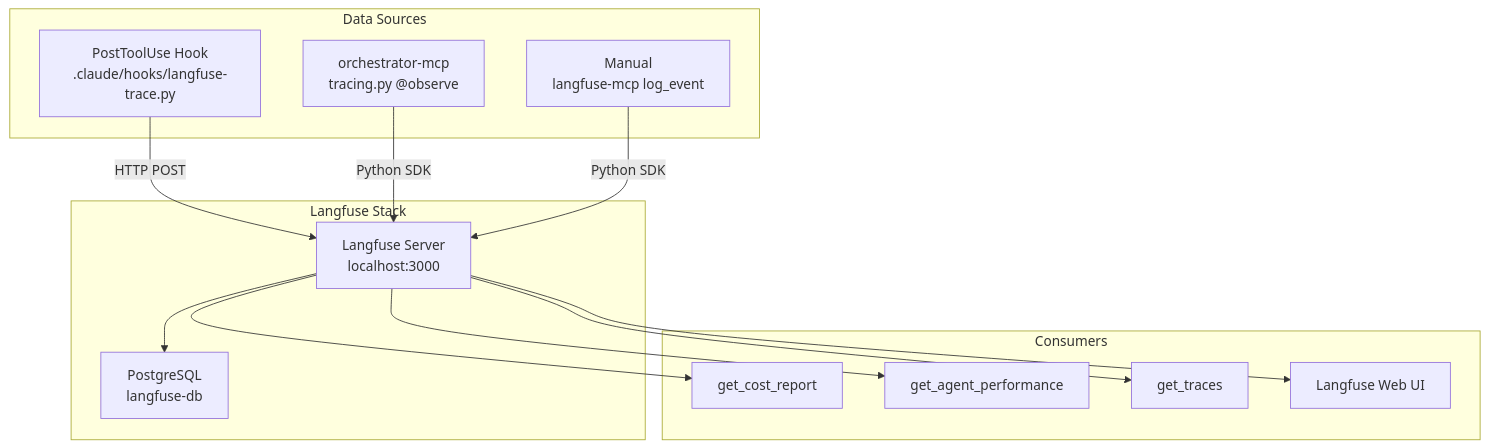
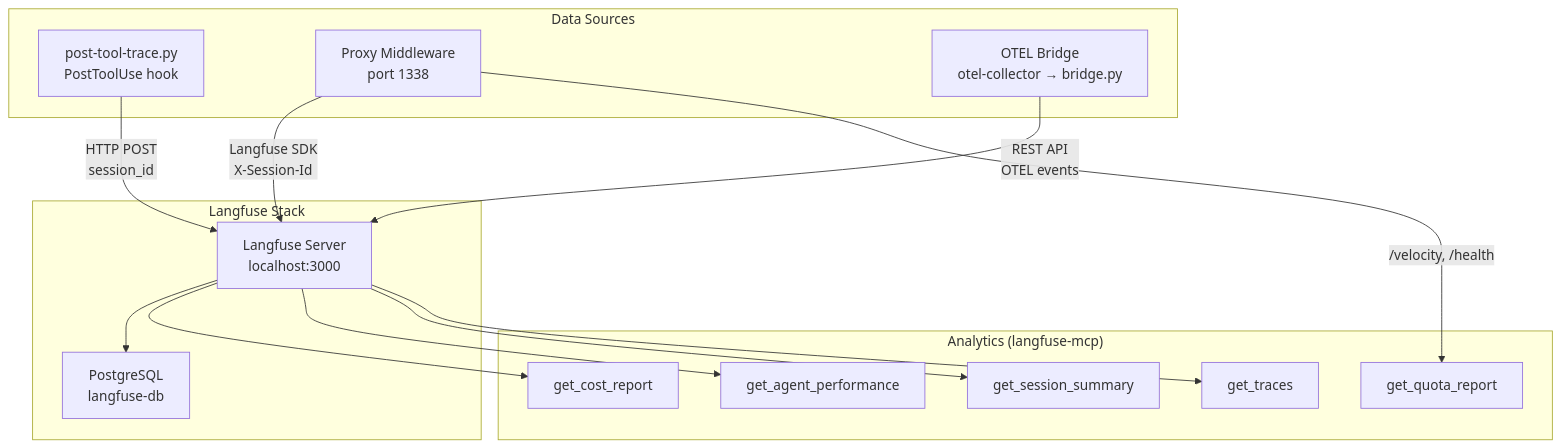
Before and after one commit to SpandrelInteractive/claude_workspace: the diagram in .claude/docs/observability.md, drawn with Mermaid. The commit also changed other lines of this file and 23 other files, not shown here.

````diff
--- a/.claude/docs/observability.md
+++ b/.claude/docs/observability.md
@@ -12,26 +15,28 @@
 ```mermaid
 graph TB
     subgraph "Data Sources"
-        H[PostToolUse Hook<br/>.claude/hooks/langfuse-trace.py]
-        OM[orchestrator-mcp<br/>tracing.py @observe]
-        M[Manual<br/>langfuse-mcp log_event]
+        H[post-tool-trace.py<br/>PostToolUse hook]
+        P[Proxy Middleware<br/>port 1338]
+        O[OTEL Bridge<br/>otel-collector → bridge.py]
     end
 
     subgraph "Langfuse Stack"
         LF[Langfuse Server<br/>localhost:3000]
         PG[PostgreSQL<br/>langfuse-db]
     end
 
-    subgraph "Consumers"
+    subgraph "Analytics (langfuse-mcp)"
+        QR[get_quota_report]
         CR[get_cost_report]
         AP[get_agent_performance]
+        SS[get_session_summary]
         TR[get_traces]
-        UI[Langfuse Web UI]
     end
 
-    H -->|HTTP POST| LF
-    OM -->|Python SDK| LF
-    M -->|Python SDK| LF
+    H -->|HTTP POST<br/>session_id| LF
+    P -->|Langfuse SDK<br/>X-Session-Id| LF
+    O -->|REST API<br/>OTEL events| LF
     LF --> PG
-    LF --> CR & AP & TR & UI
+    LF --> CR & AP & SS & TR
+    P -->|/velocity, /health| QR
 ```
````
